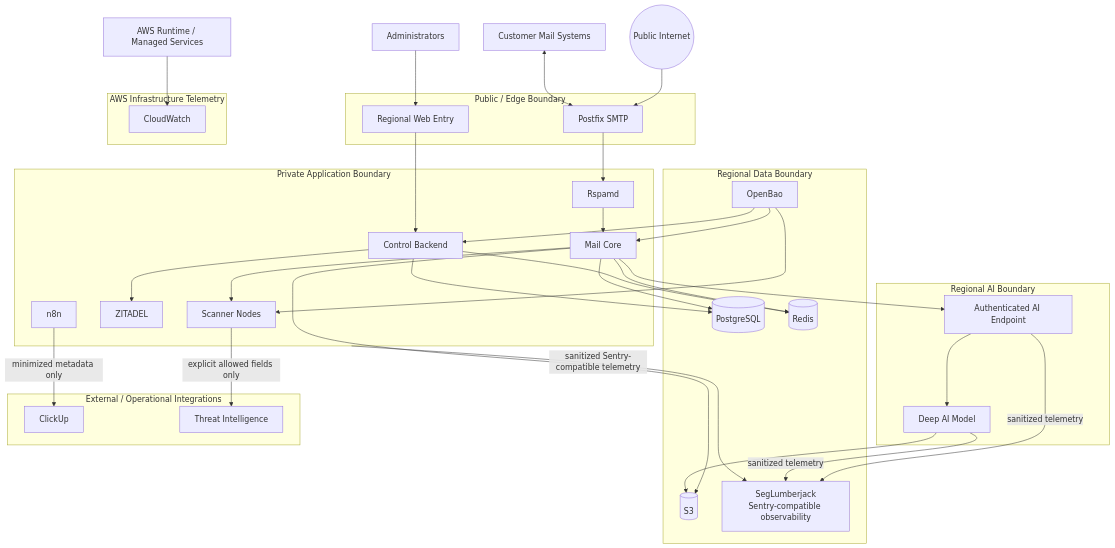
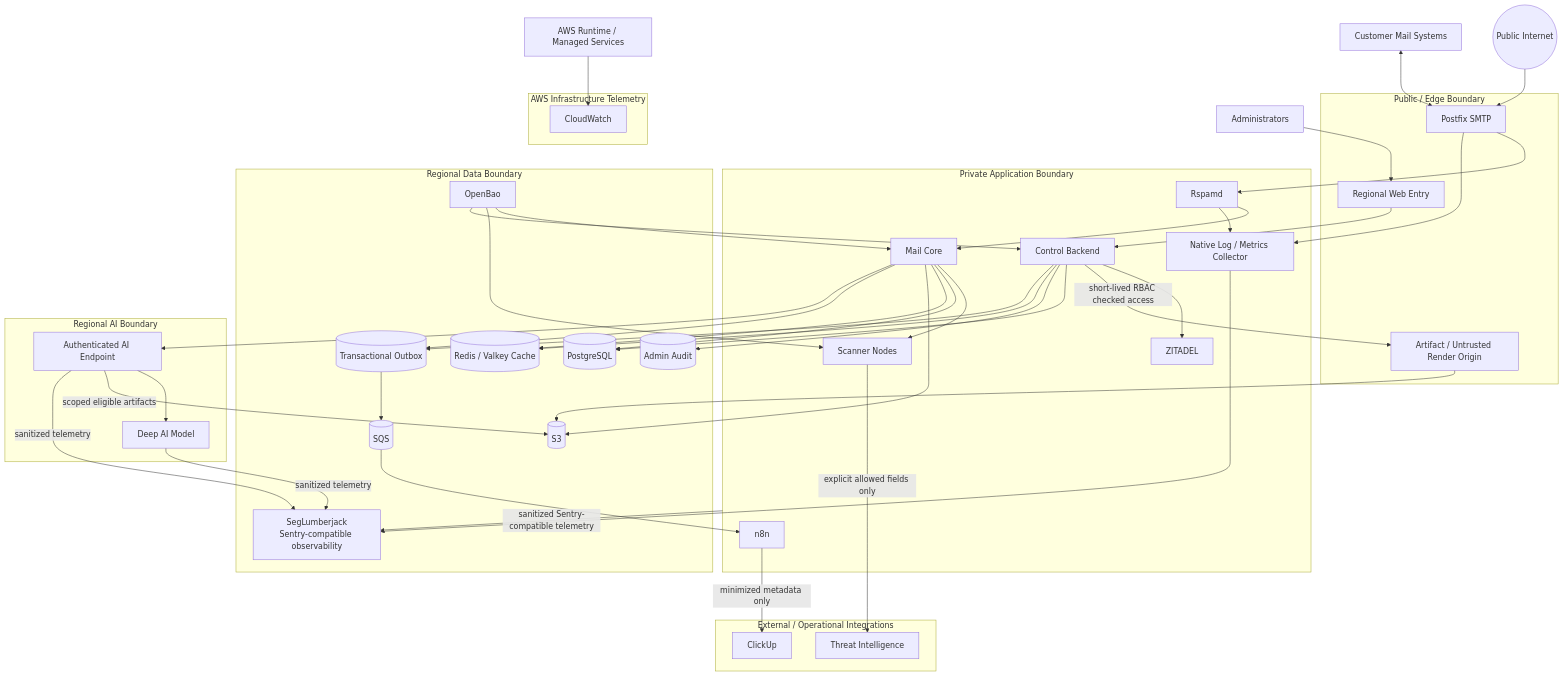
One commit to Oba-SEG/Nullapart changed the diagram in docs/diagrams/09-trust-boundaries.mmd. Above: the diagram before and after it, drawn with Mermaid.

Commit message:
docs: add artifact rendering and durable event trust boundaries

```diff
--- a/docs/diagrams/09-trust-boundaries.mmd
+++ b/docs/diagrams/09-trust-boundaries.mmd
@@ -1,71 +1,84 @@
 flowchart TB
     Internet((Public Internet))
     Customer[Customer Mail Systems]
     Admin[Administrators]
 
     subgraph PublicEdge["Public / Edge Boundary"]
         SMTP[Postfix SMTP]
         Web[Regional Web Entry]
+        ArtifactEdge[Artifact / Untrusted Render Origin]
     end
 
     subgraph PrivateApp["Private Application Boundary"]
         Rspamd[Rspamd]
         MailCore[Mail Core]
         Scanners[Scanner Nodes]
         Control[Control Backend]
         IDP[ZITADEL]
         N8N[n8n]
+        Collector[Native Log / Metrics Collector]
     end
 
     subgraph DataBoundary["Regional Data Boundary"]
         PG[(PostgreSQL)]
-        Redis[(Redis)]
+        Audit[(Admin Audit)]
+        Outbox[(Transactional Outbox)]
+        Redis[(Redis / Valkey Cache)]
+        SQS[(SQS)]
         S3[(S3)]
         Secrets[OpenBao]
         Seg[SegLumberjack\nSentry-compatible observability]
     end
 
     subgraph AIBoundary["Regional AI Boundary"]
         AIGateway[Authenticated AI Endpoint]
         Model[Deep AI Model]
     end
 
     subgraph AWSOps["AWS Infrastructure Telemetry"]
         CW[CloudWatch]
     end
 
     subgraph ExternalOps["External / Operational Integrations"]
         ClickUp[ClickUp]
         TI[Threat Intelligence]
     end
 
     Internet --> SMTP
     Customer <--> SMTP
     Admin --> Web
 
     SMTP --> Rspamd --> MailCore
     Web --> Control
     Control --> IDP
 
+    Control -->|short-lived RBAC checked access| ArtifactEdge --> S3
+
     MailCore --> Scanners
     MailCore --> PG
     MailCore --> Redis
     MailCore --> S3
+    MailCore --> Outbox
     Control --> PG
+    Control --> Audit
     Control --> Redis
+    Control --> Outbox
+    Outbox --> SQS
 
     Secrets --> MailCore
     Secrets --> Scanners
     Secrets --> Control
 
     MailCore --> AIGateway --> Model
-    Model --> S3
+    AIGateway -->|scoped eligible artifacts| S3
 
     PrivateApp -->|sanitized Sentry-compatible telemetry| Seg
     AIGateway -->|sanitized telemetry| Seg
     Model -->|sanitized telemetry| Seg
+    SMTP --> Collector --> Seg
+    Rspamd --> Collector
 
     AWS[AWS Runtime / Managed Services] --> CW
 
-    N8N -->|minimized metadata only| ClickUp
+    SQS --> N8N -->|minimized metadata only| ClickUp
     Scanners -->|explicit allowed fields only| TI
```
